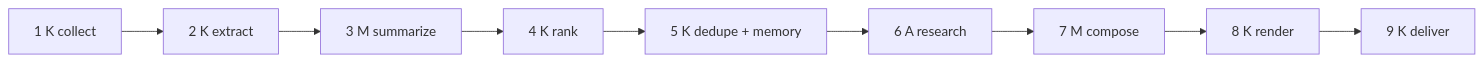
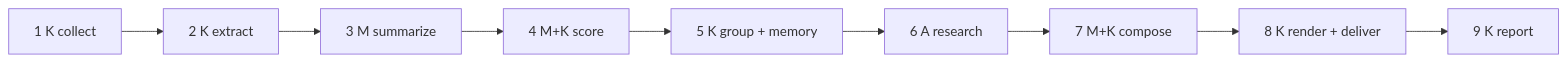
One commit to NogaMorag/ai-engineering-course changed the diagram in exercises/ch29-portfolio/templates/architecture-template.md. Above: the diagram before and after it, drawn with Mermaid. The commit also changed other lines of this file and 223 other files, not shown here.

````diff
--- a/exercises/ch29-portfolio/templates/architecture-template.md
+++ b/exercises/ch29-portfolio/templates/architecture-template.md
@@ -5,5 +5,5 @@
 ```mermaid
 flowchart LR
-  A[1 K collect] --> B[2 K extract] --> C[3 M summarize] --> D[4 K rank] --> E[5 K dedupe + memory]
-  E --> F[6 A research] --> G[7 M compose] --> H[8 K render] --> I[9 K deliver]
+  A[1 K collect] --> B[2 K extract] --> C[3 M summarize] --> D[4 M+K score] --> E[5 K group + memory]
+  E --> F[6 A research] --> G[7 M+K compose] --> H[8 K render + deliver] --> I[9 K report]
 ```
````
